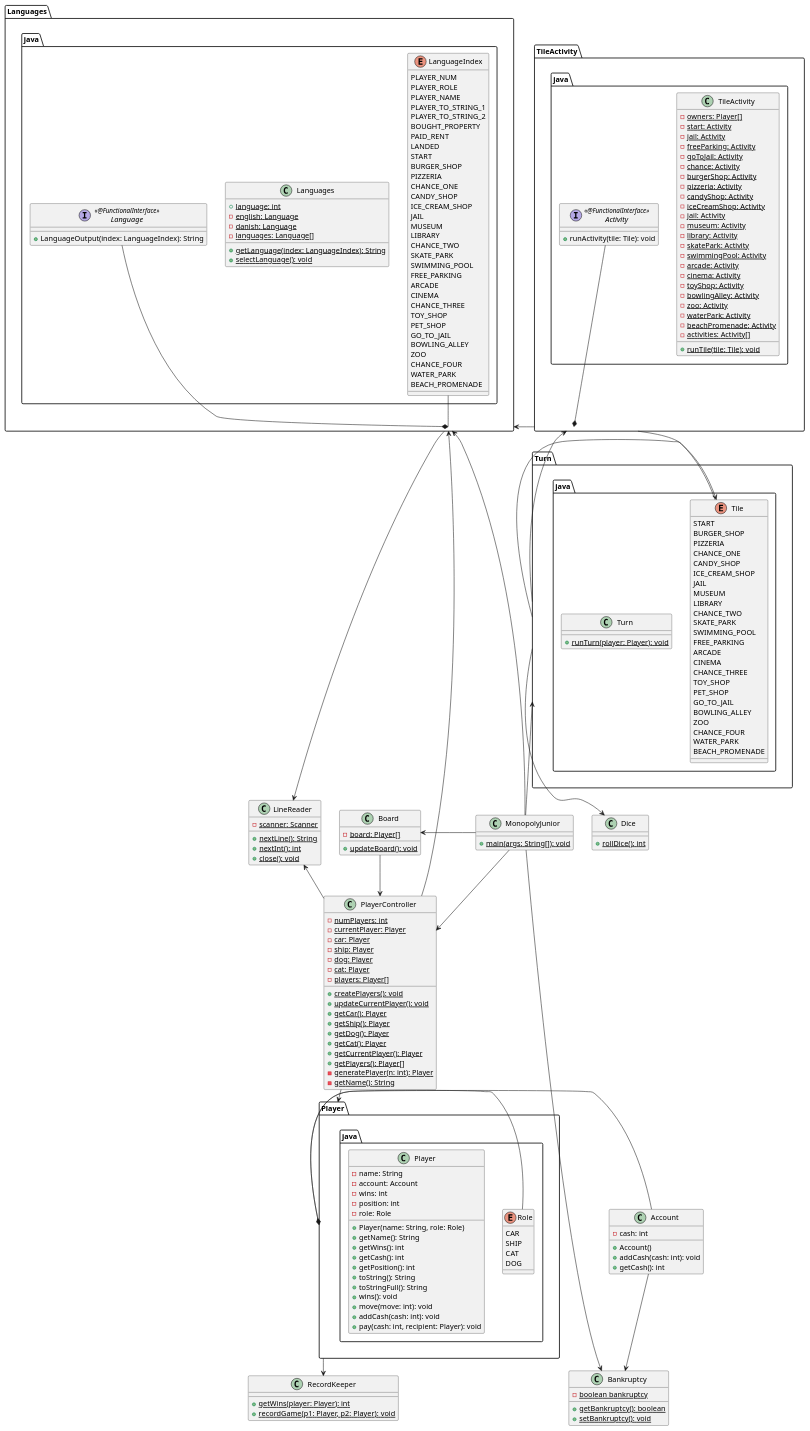
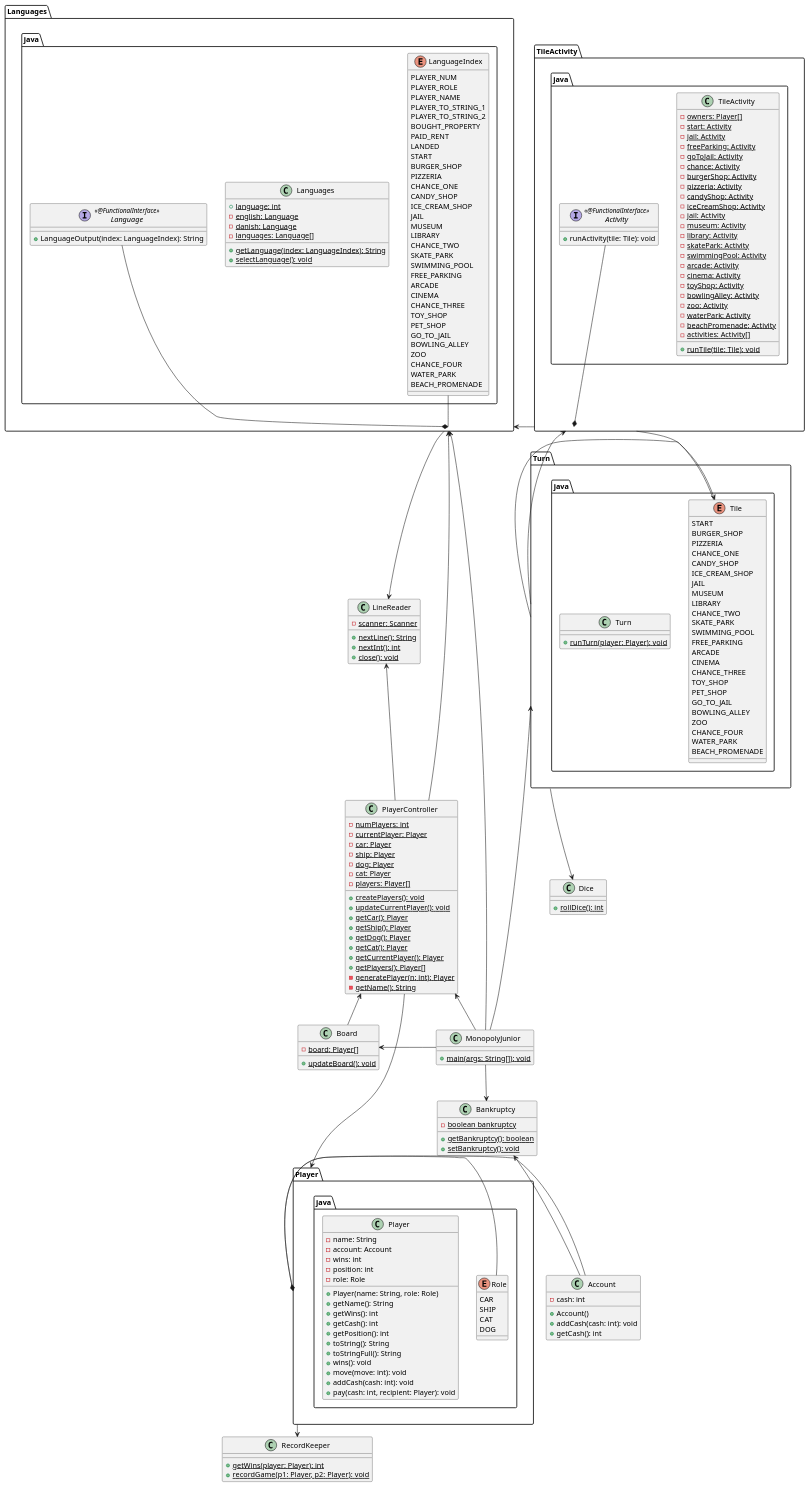
One commit to s235070/CDIO-3 changed the diagram in UML/ClassDiagram.wsd. Above: the diagram before and after it, drawn with PlantUML. The commit also changed 1 other file, not shown here.

```diff
--- a/UML/ClassDiagram.wsd
+++ b/UML/ClassDiagram.wsd
@@ -213,8 +213,8 @@
 PlayerController --> Player
 Player -l- Role
 MonopolyJunior -l-> Board
-PlayerController <-r- Board
-Player *- Account
+PlayerController <-d- Board
+Player *-l- Account
 Turn <-- MonopolyJunior
 Turn -r- Tile
 Turn -d-> Dice
@@ -222,7 +222,7 @@
 TileActivity <-- Turn
 MonopolyJunior -d-> Bankruptcy
 Activity -d-* TileActivity
-Account -d-> Bankruptcy
+Account -u-> Bankruptcy
 TileActivity --> Tile
 TileActivity -l-> Languages
 
```
